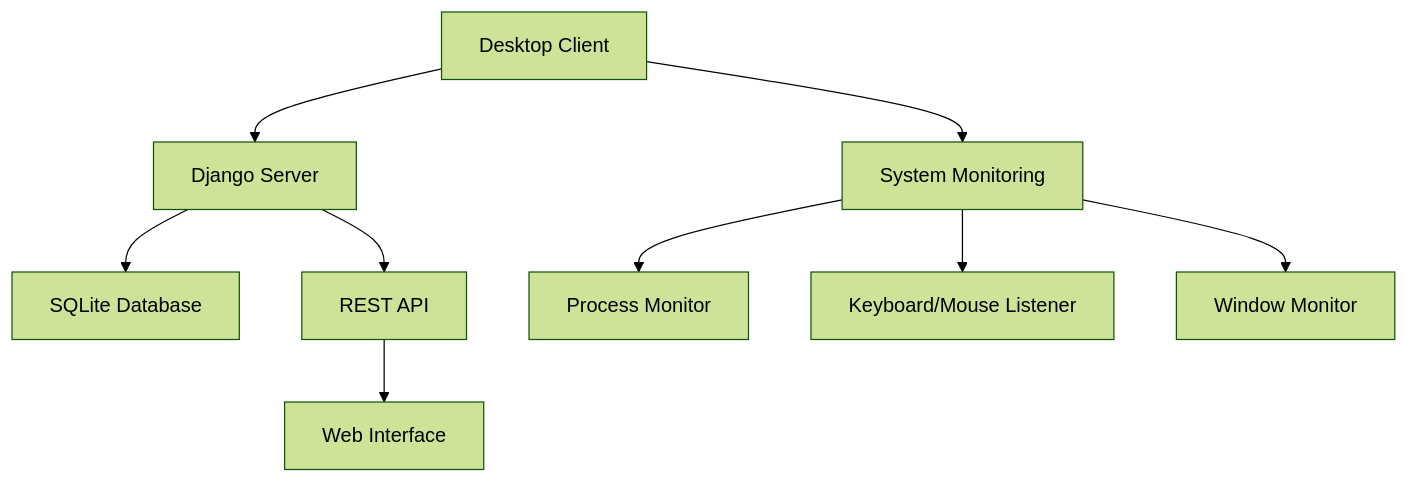
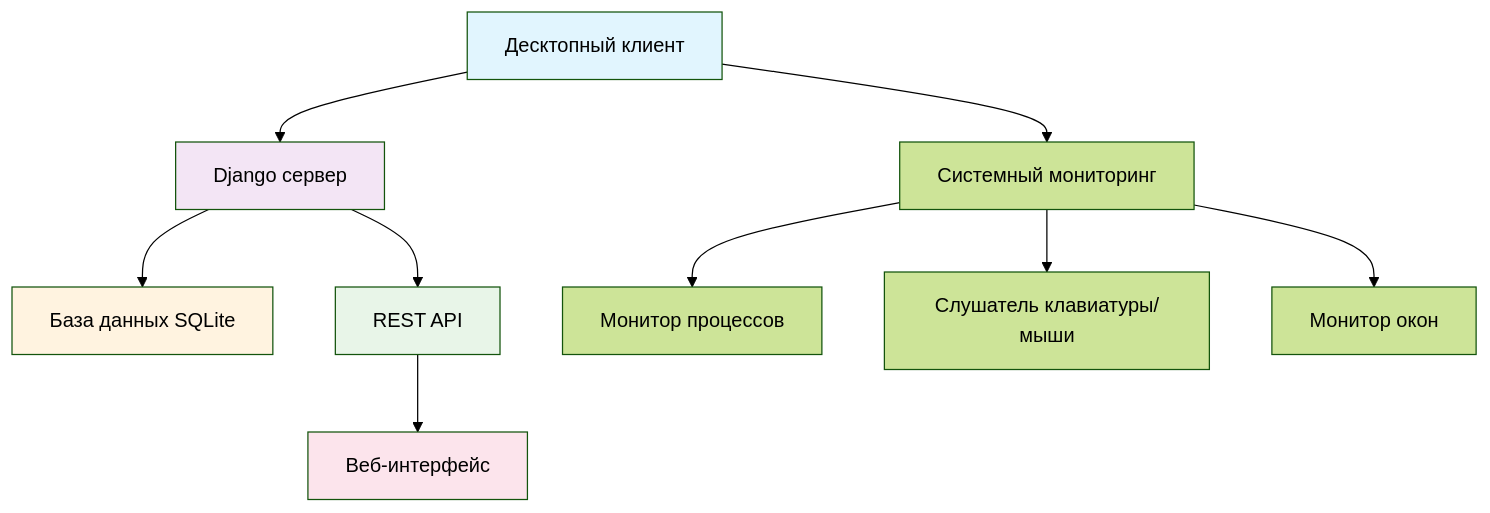
The second of 3 diagrams in ДИПЛОМ_TRACKER33_ЧАСТЬ1_ФИНАЛЬНАЯ.md (vampire1337/Tracker33), drawn with Mermaid (forest theme) before and after one commit. The commit also changed other lines of this file and 21 other files, not shown here.

````diff
--- a/ДИПЛОМ_TRACKER33_ЧАСТЬ1_ФИНАЛЬНАЯ.md
+++ b/ДИПЛОМ_TRACKER33_ЧАСТЬ1_ФИНАЛЬНАЯ.md
@@ -235,12 +297,18 @@
 ```mermaid
 graph TB
-    A[Desktop Client] --> B[Django Server]
-    B --> C[SQLite Database]
+    A[Десктопный клиент] --> B[Django сервер]
+    B --> C[База данных SQLite]
     B --> D[REST API]
-    D --> E[Web Interface]
+    D --> E[Веб-интерфейс]
     
-    A --> F[System Monitoring]
-    F --> G[Process Monitor]
-    F --> H[Keyboard/Mouse Listener]
-    F --> I[Window Monitor]
+    A --> F[Системный мониторинг]
+    F --> G[Монитор процессов]
+    F --> H[Слушатель клавиатуры/мыши]
+    F --> I[Монитор окон]
+    
+    style A fill:#e1f5fe
+    style B fill:#f3e5f5
+    style C fill:#fff3e0
+    style D fill:#e8f5e8
+    style E fill:#fce4ec
 ```
````
